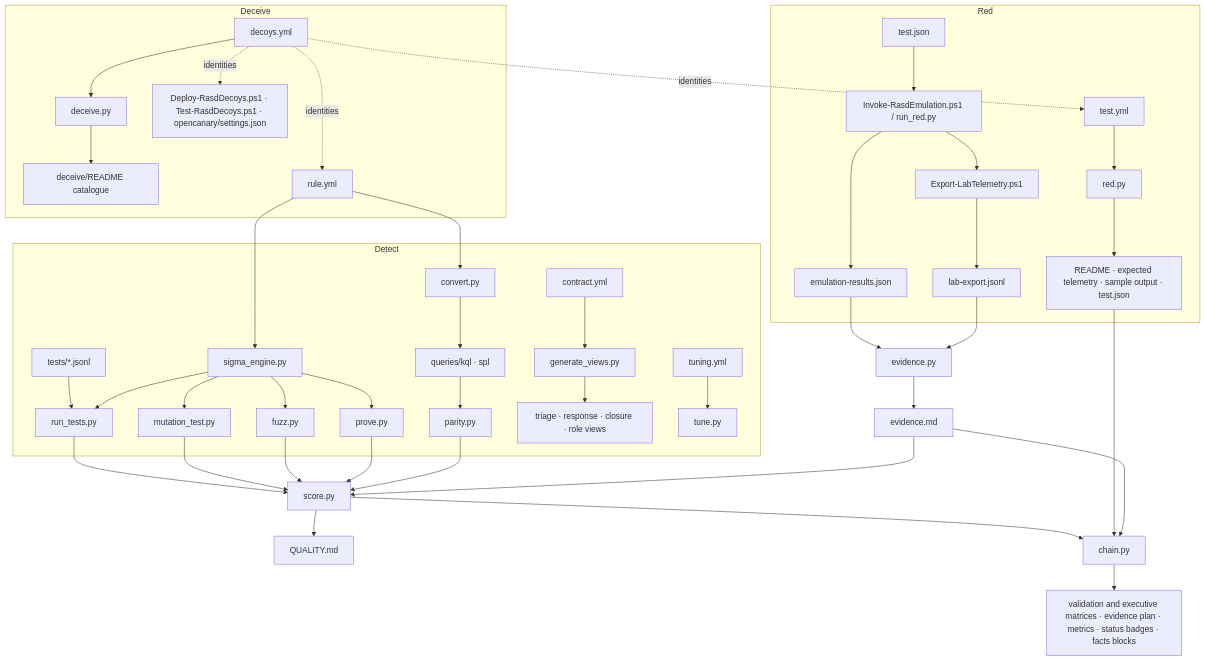
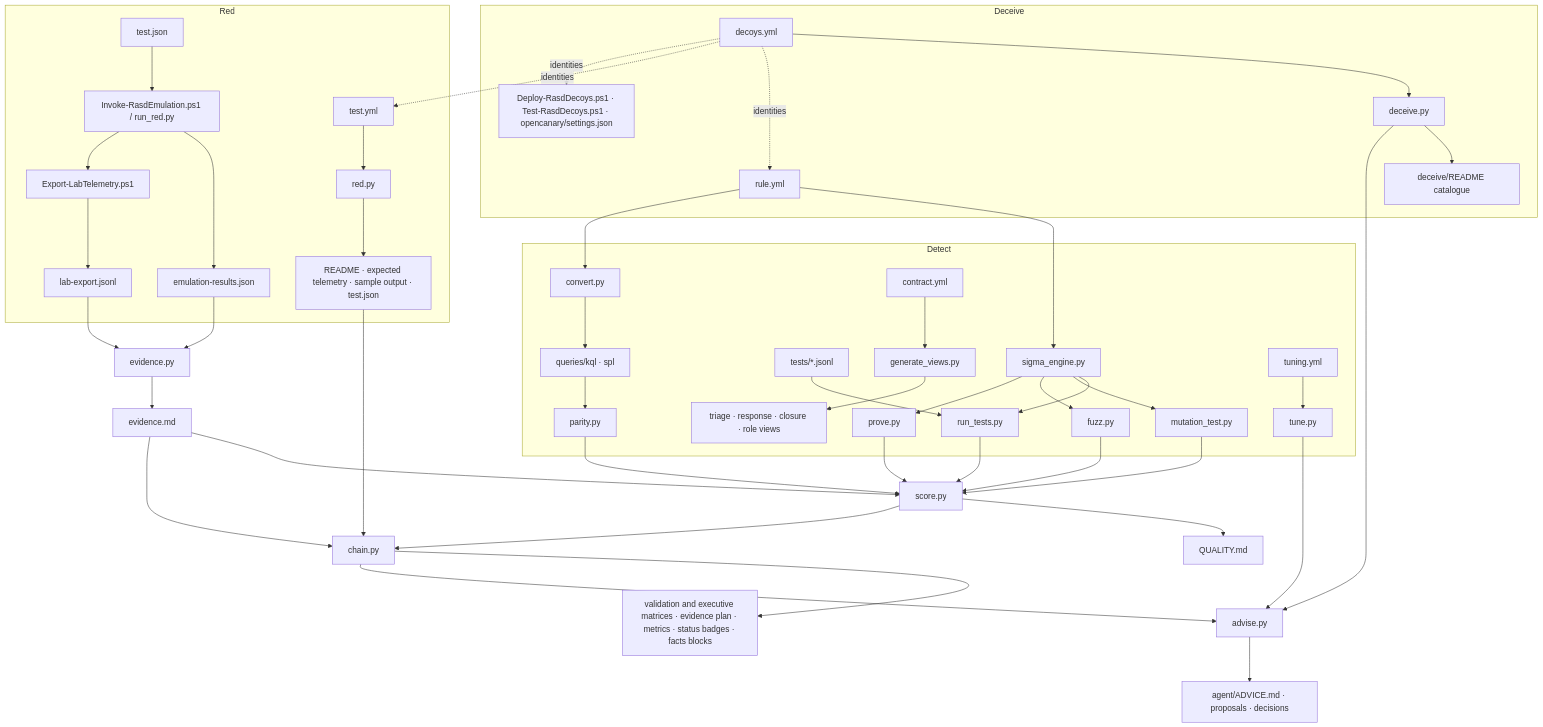
Before and after one commit to engziyad/RASD: the diagram in docs/RASD_ARCHITECTURE.md, drawn with Mermaid. The commit also changed other lines of this file and 23 other files, not shown here.

````diff
--- a/docs/RASD_ARCHITECTURE.md
+++ b/docs/RASD_ARCHITECTURE.md
@@ -33,25 +34,26 @@
 ```mermaid
 flowchart TB
     subgraph Red
         TY[test.yml] --> RD[red.py] --> RG[README · expected telemetry · sample output · test.json]
         TJ[test.json] --> RUN[Invoke-RasdEmulation.ps1 / run_red.py] --> RES[emulation-results.json]
         RUN --> EXP[Export-LabTelemetry.ps1] --> LOGS[lab-export.jsonl]
     end
     subgraph Deceive
         DY[decoys.yml] --> DC[deceive.py] --> DCAT[deceive/README catalogue]
         DY -. identities .-> R
         DY -. identities .-> TY
         DY -. identities .-> DEP[Deploy-RasdDecoys.ps1 · Test-RasdDecoys.ps1 · opencanary/settings.json]
     end
     subgraph Detect
         R[rule.yml] --> E[sigma_engine.py]
         T[tests/*.jsonl] --> RT[run_tests.py]
         E --> RT & MT[mutation_test.py] & FZ[fuzz.py] & PV[prove.py]
         R --> CV[convert.py] --> Q[queries/kql · spl] --> PA[parity.py]
         C[contract.yml] --> GV[generate_views.py] --> CARDS[triage · response · closure · role views]
         TU[tuning.yml] --> TN[tune.py]
     end
     RES & LOGS --> EV[evidence.py] --> EVD[evidence.md]
     RT & MT & FZ & PV & PA & EVD --> SC[score.py] --> QM[QUALITY.md]
     SC & RG & EVD --> CH[chain.py] --> MX[validation and executive matrices · evidence plan · metrics · status badges · facts blocks]
+    CH & TN & DC --> AG[advise.py] --> ADV[agent/ADVICE.md · proposals · decisions]
 ```
````
